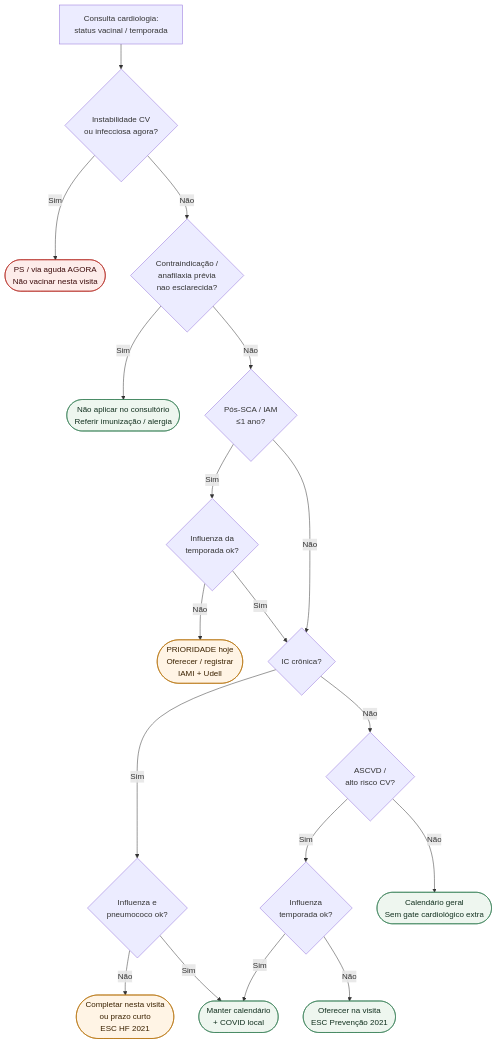
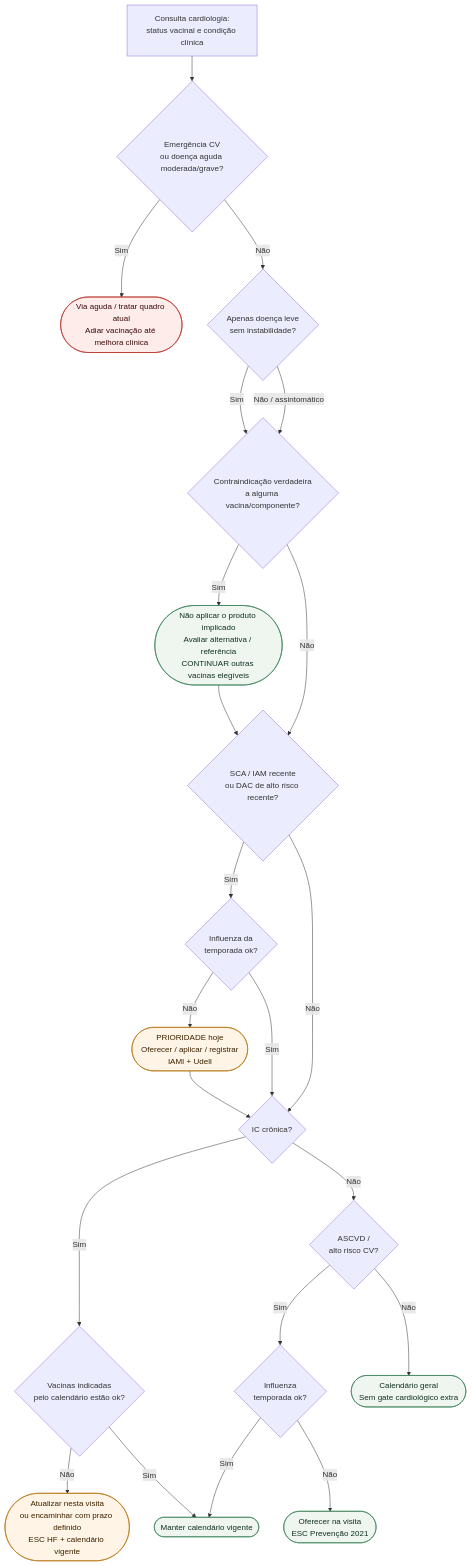
The diagram in content/Geral/fluxograma-sinalizadores-ambulatoriais-vacinacao-cardiopata.md (rafaelpaesmeirelles/MeuCardio), drawn with Mermaid before and after one commit. The commit also changed other lines of this file, not shown here.

Commit message:
fix(content): corrige fluxo vacinal e promove revisão

````diff
--- a/content/Geral/fluxograma-sinalizadores-ambulatoriais-vacinacao-cardiopata.md
+++ b/content/Geral/fluxograma-sinalizadores-ambulatoriais-vacinacao-cardiopata.md
@@ -23,35 +24,37 @@
 ```mermaid
 flowchart TD
-  R0["Consulta cardiologia:<br/>status vacinal / temporada"] --> D1{"Instabilidade CV<br/>ou infecciosa agora?"}
+  R0["Consulta cardiologia:<br/>status vacinal e condição clínica"] --> D1{"Emergência CV<br/>ou doença aguda moderada/grave?"}
 
-  D1 -->|"Sim"| C1(["PS / via aguda AGORA<br/>Não vacinar nesta visita"])
+  D1 -->|"Sim"| C1(["Via aguda / tratar quadro atual<br/>Adiar vacinação até melhora clínica"])
+  D1 -->|"Não"| D1B{"Apenas doença leve<br/>sem instabilidade?"}
+  D1B -->|"Sim"| D2
+  D1B -->|"Não / assintomático"| D2{"Contraindicação verdadeira<br/>a alguma vacina/componente?"}
 
-  D1 -->|"Não"| D2{"Contraindicação /<br/>anafilaxia prévia<br/>nao esclarecida?"}
-
-  D2 -->|"Sim"| C2(["Não aplicar no consultório<br/>Referir imunização / alergia"])
-
-  D2 -->|"Não"| D3{"Pós-SCA / IAM<br/>≤1 ano?"}
+  D2 -->|"Sim"| C2(["Não aplicar o produto implicado<br/>Avaliar alternativa / referência<br/>CONTINUAR outras vacinas elegíveis"])
+  C2 --> D3
+  D2 -->|"Não"| D3{"SCA / IAM recente<br/>ou DAC de alto risco recente?"}
 
   D3 -->|"Sim"| D4{"Influenza da<br/>temporada ok?"}
-  D4 -->|"Não"| C3(["PRIORIDADE hoje<br/>Oferecer / registrar<br/>IAMI + Udell"])
+  D4 -->|"Não"| C3(["PRIORIDADE hoje<br/>Oferecer / aplicar / registrar<br/>IAMI + Udell"])
+  C3 --> D5
   D4 -->|"Sim"| D5
 
   D3 -->|"Não"| D5{"IC crônica?"}
 
-  D5 -->|"Sim"| D6{"Influenza e<br/>pneumococo ok?"}
-  D6 -->|"Não"| C4(["Completar nesta visita<br/>ou prazo curto<br/>ESC HF 2021"])
-  D6 -->|"Sim"| C5(["Manter calendário<br/>+ COVID local"])
+  D5 -->|"Sim"| D6{"Vacinas indicadas<br/>pelo calendário estão ok?"}
+  D6 -->|"Não"| C4(["Atualizar nesta visita<br/>ou encaminhar com prazo definido<br/>ESC HF + calendário vigente"])
+  D6 -->|"Sim"| C5(["Manter calendário vigente"])
 
   D5 -->|"Não"| D7{"ASCVD /<br/>alto risco CV?"}
   D7 -->|"Sim"| D8{"Influenza<br/>temporada ok?"}
   D8 -->|"Não"| C6(["Oferecer na visita<br/>ESC Prevenção 2021"])
   D8 -->|"Sim"| C5
   D7 -->|"Não"| C7(["Calendário geral<br/>Sem gate cardiológico extra"])
 
   classDef conduta fill:#eef6ef,stroke:#2f7a4f,color:#12301f;
   classDef alerta fill:#fdecea,stroke:#b3261e,color:#3b0a0a;
   classDef prioridade fill:#fff4e5,stroke:#b36b00,color:#3b2200;
   class C1 alerta;
   class C3,C4 prioridade;
   class C2,C5,C6,C7 conduta;
 ```
````
